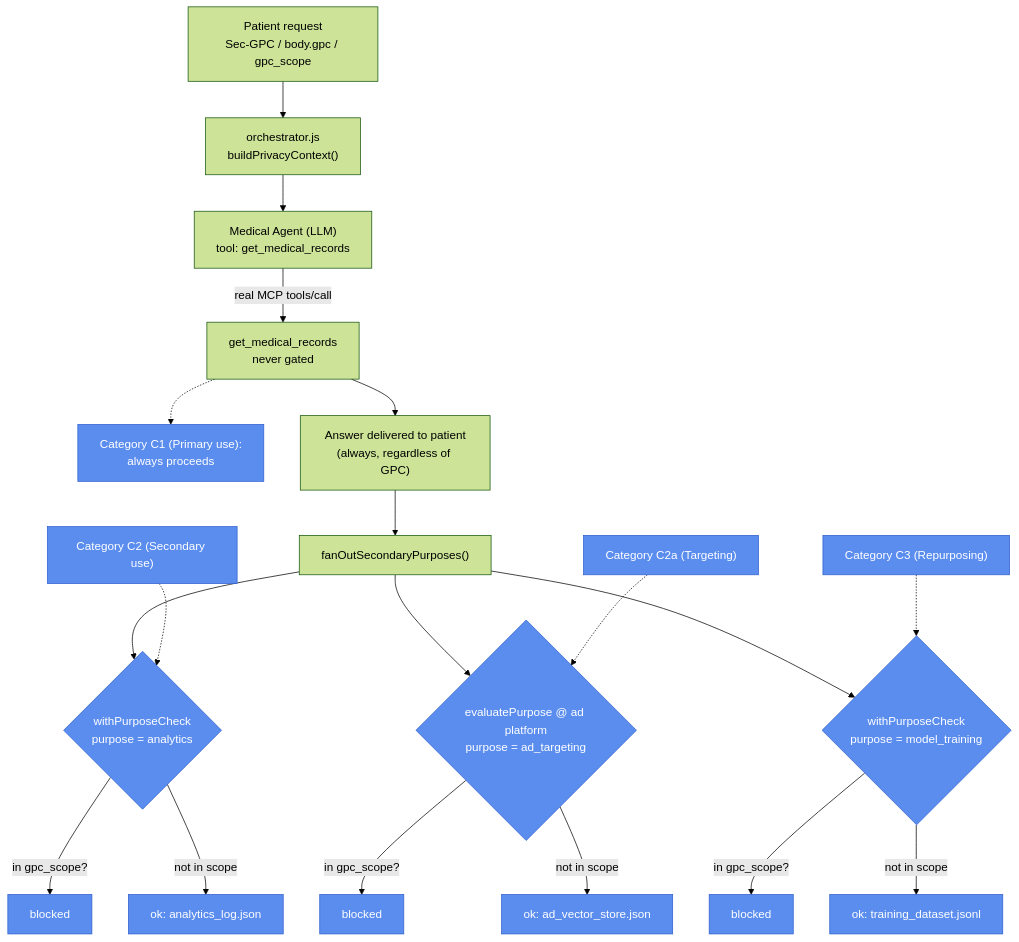
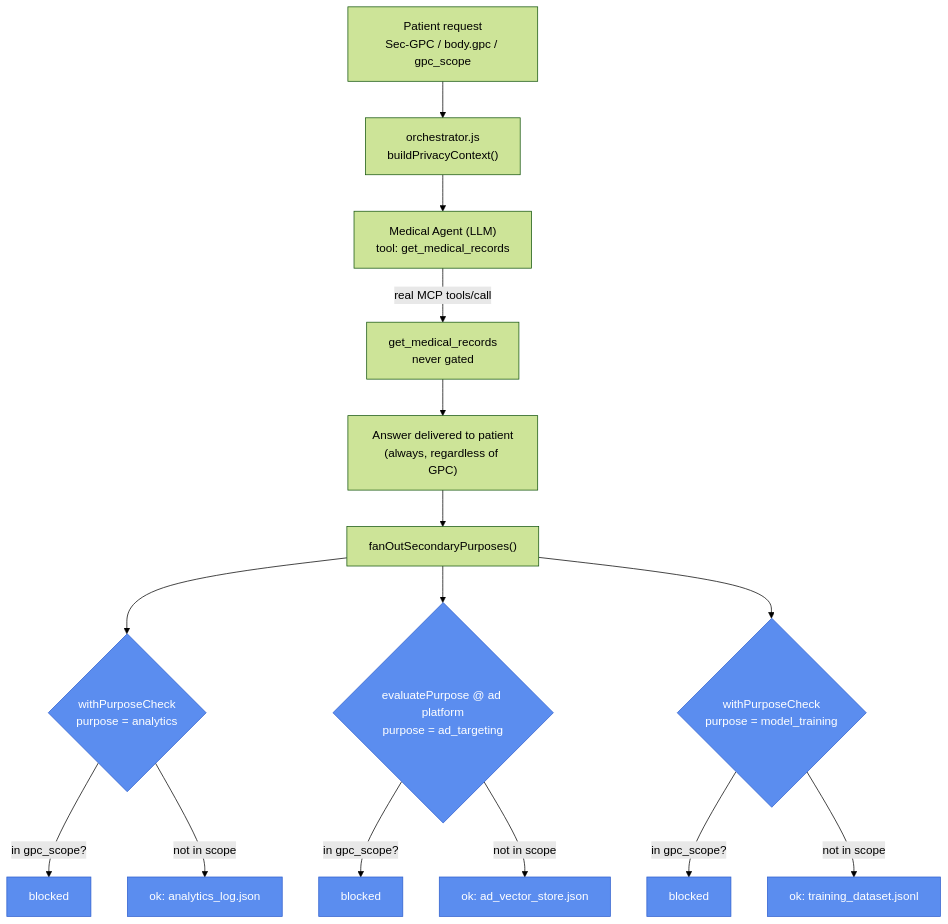
One commit to privacy-tech-lab/gpc-ai-agents-prototypes changed the diagram in prototype-2/README.md. Above: the diagram before and after it, drawn with Mermaid (forest theme). The commit also changed other lines of this file and 82 other files, not shown here.

````diff
--- a/prototype-2/README.md
+++ b/prototype-2/README.md
@@ -15,28 +15,24 @@
 ```mermaid
 flowchart TD
     U["Patient request\nSec-GPC / body.gpc / gpc_scope"] --> O["orchestrator.js\nbuildPrivacyContext()"]
     O --> MA["Medical Agent (LLM)\ntool: get_medical_records"]
     MA -- "real MCP tools/call" --> MR["get_medical_records\nnever gated"]
-    MR -.-> C1["Category C1 (Primary use):\nalways proceeds"]:::category
     MR --> ANS["Answer delivered to patient\n(always, regardless of GPC)"]
     ANS --> FO["fanOutSecondaryPurposes()"]
 
     FO --> AN{"withPurposeCheck\npurpose = analytics"}
     FO --> AD{"evaluatePurpose @ ad platform\npurpose = ad_targeting"}
     FO --> TR{"withPurposeCheck\npurpose = model_training"}
 
     AN -- "in gpc_scope?" --> ANB["blocked"]
     AN -- "not in scope" --> ANO["ok: analytics_log.json"]
     AD -- "in gpc_scope?" --> ADB["blocked"]
     AD -- "not in scope" --> ADO["ok: ad_vector_store.json"]
     TR -- "in gpc_scope?" --> TRB["blocked"]
     TR -- "not in scope" --> TRO["ok: training_dataset.jsonl"]
 
-    classDef category fill:#5b8def,stroke:#2f5fce,color:#fff
-    class AN,ANB,ANO category
-    class AD,ADB,ADO category
-    class TR,TRB,TRO category
-    C2["Category C2 (Secondary use)"]:::category -.-> AN
-    C2a["Category C2a (Targeting)"]:::category -.-> AD
-    C3["Category C3 (Repurposing)"]:::category -.-> TR
+    classDef enforced fill:#5b8def,stroke:#2f5fce,color:#fff
+    class AN,ANB,ANO enforced
+    class AD,ADB,ADO enforced
+    class TR,TRB,TRO enforced
 ```
````
